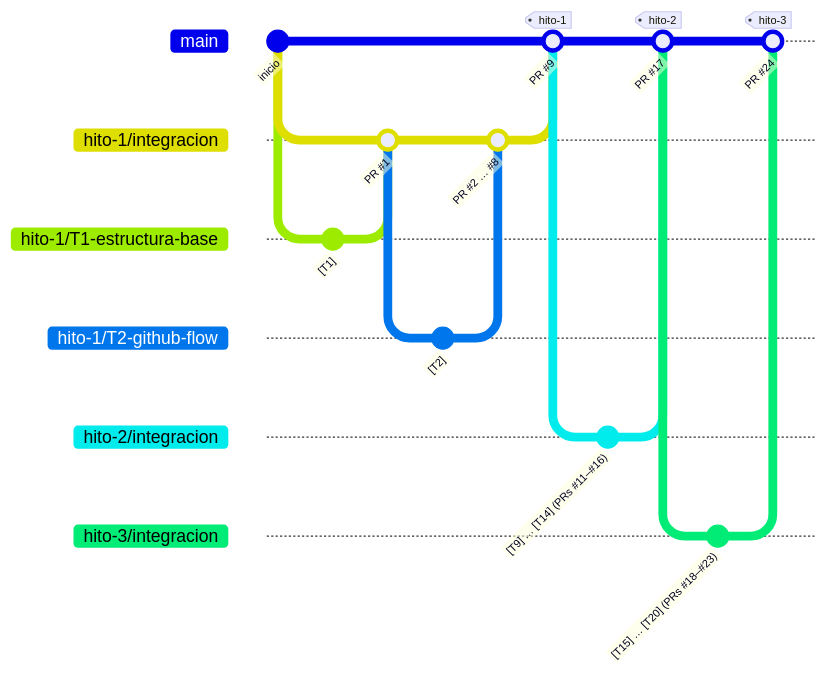
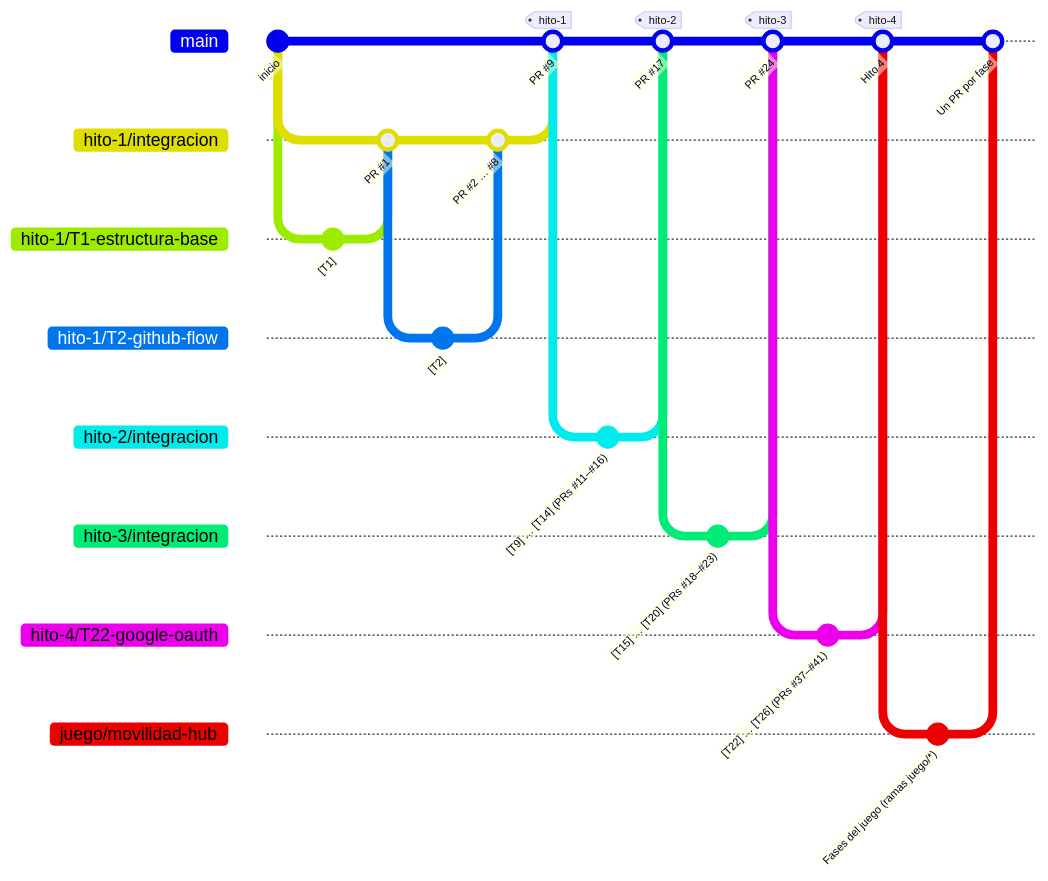
One commit to VelaElDios/la-grada-colchonera-saas changed the seventh of 7 diagrams in README.md. Above: the diagram before and after it, drawn with Mermaid. The commit also changed other lines of this file and 47 other files, not shown here.

````diff
--- a/README.md
+++ b/README.md
@@ -449,23 +561,31 @@
 ```mermaid
 gitGraph
     commit id: "inicio"
     branch hito-1/integracion
     branch hito-1/T1-estructura-base
     commit id: "[T1]"
     checkout hito-1/integracion
     merge hito-1/T1-estructura-base id: "PR #1"
     branch hito-1/T2-github-flow
     commit id: "[T2]"
     checkout hito-1/integracion
     merge hito-1/T2-github-flow id: "PR #2 … #8"
     checkout main
     merge hito-1/integracion id: "PR #9" tag: "hito-1"
     branch hito-2/integracion
     commit id: "[T9] … [T14] (PRs #11–#16)"
     checkout main
     merge hito-2/integracion id: "PR #17" tag: "hito-2"
     branch hito-3/integracion
     commit id: "[T15] … [T20] (PRs #18–#23)"
     checkout main
     merge hito-3/integracion id: "PR #24" tag: "hito-3"
+    branch hito-4/T22-google-oauth
+    commit id: "[T22] … [T26] (PRs #37–#41)"
+    checkout main
+    merge hito-4/T22-google-oauth id: "Hito 4" tag: "hito-4"
+    branch juego/movilidad-hub
+    commit id: "Fases del juego (ramas juego/*)"
+    checkout main
+    merge juego/movilidad-hub id: "Un PR por fase"
 ```
````
